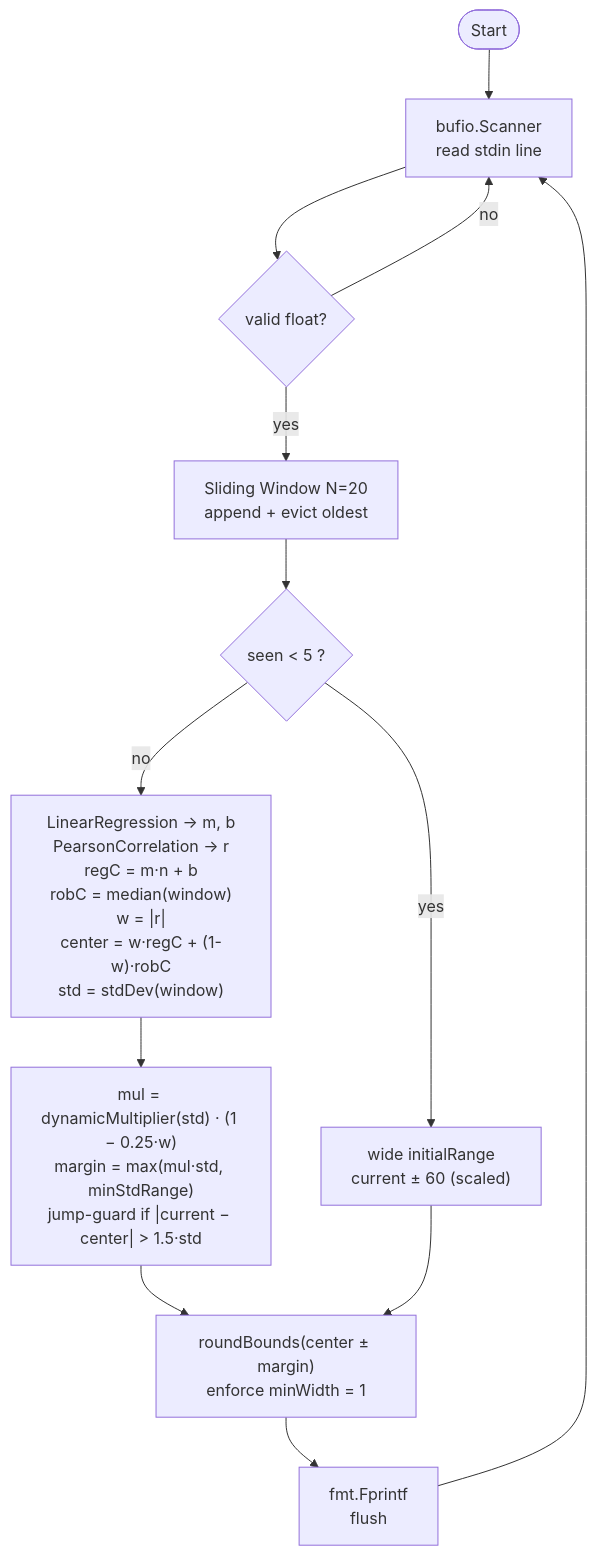
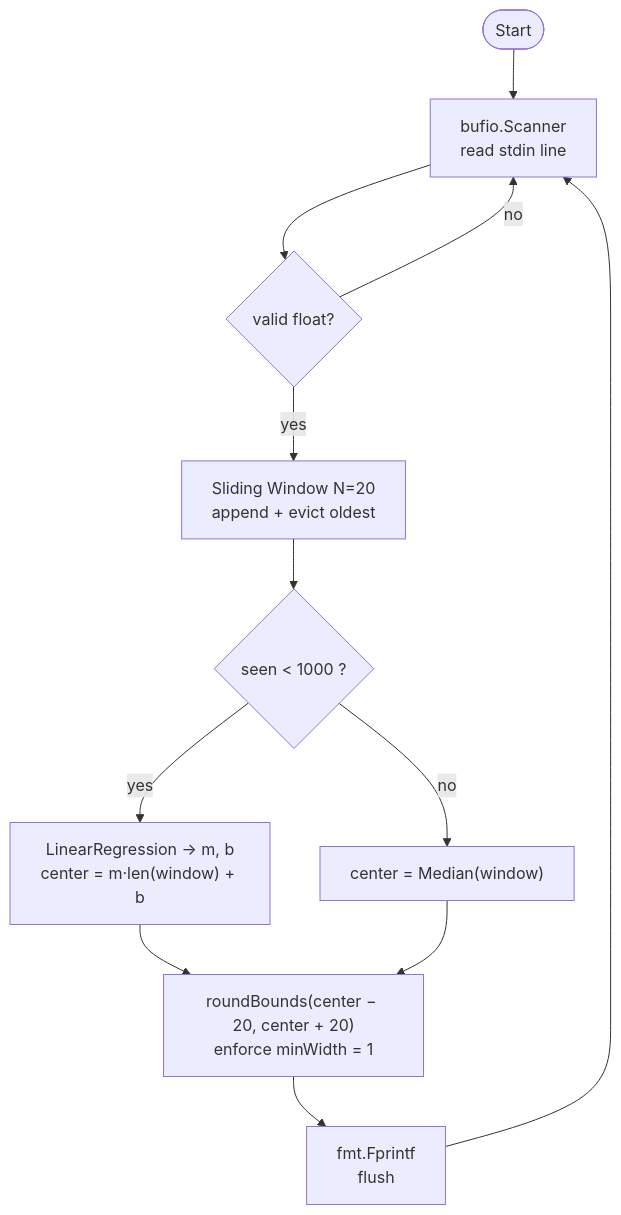
Before and after one commit to hmim7/guess-it-2: the diagram in docs/PRD.md, drawn with Mermaid. The commit also changed other lines of this file and 6 other files, not shown here.

````diff
--- a/docs/PRD.md
+++ b/docs/PRD.md
@@ -167,15 +169,14 @@
 ```mermaid
 flowchart TD
     Start([Start]) --> Read["bufio.Scanner<br/>read stdin line"]
     Read --> Parse{"valid float?"}
     Parse -- no --> Read
     Parse -- yes --> Window["Sliding Window N=20<br/>append + evict oldest"]
-    Window --> Init{"seen < 5 ?"}
-    Init -- yes --> Wide["wide initialRange<br/>current ± 60 (scaled)"]
-    Init -- no --> Stats["LinearRegression → m, b<br/>PearsonCorrelation → r<br/>regC = m·n + b<br/>robC = median(window)<br/>w = |r|<br/>center = w·regC + (1-w)·robC<br/>std = stdDev(window)"]
-    Stats --> Margin["mul = dynamicMultiplier(std) · (1 − 0.25·w)<br/>margin = max(mul·std, minStdRange)<br/>jump-guard if |current − center| > 1.5·std"]
-    Margin --> Round["roundBounds(center ± margin)<br/>enforce minWidth = 1"]
-    Wide --> Round
+    Window --> Phase{"seen < 1000 ?"}
+    Phase -- yes --> Reg["LinearRegression → m, b<br/>center = m·len(window) + b"]
+    Phase -- no --> Med["center = Median(window)"]
+    Reg --> Round["roundBounds(center − 20, center + 20)<br/>enforce minWidth = 1"]
+    Med --> Round
     Round --> Out["fmt.Fprintf<br/>flush"]
     Out --> Read
 ```
````
